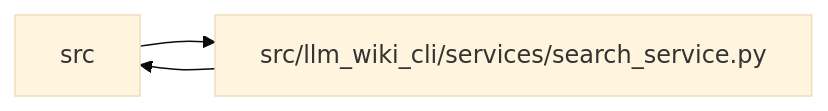
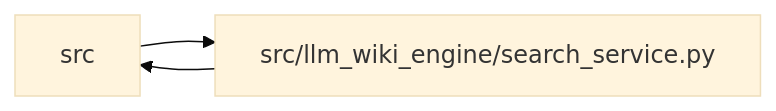
Before and after one commit to Denissvgn/python-wiki-llm: the diagram in docs/llm_wiki/modules/search_service.md, drawn with Mermaid (base theme). The commit also changed other lines of this file and 648 other files, not shown here.

Commit message:
docs: refresh the wiki for the engine task contract and search

````diff
--- a/docs/llm_wiki/modules/search_service.md
+++ b/docs/llm_wiki/modules/search_service.md
@@ -37,8 +37,8 @@
 ```mermaid
 flowchart LR
     n0["src"]
-    n1["src/llm_wiki_cli/services/search_service.py"]
+    n1["src/llm_wiki_engine/search_service.py"]
     n0 --> n1
     n1 --> n0
     click n1 "../modules/search_service.md"
 ```
````
